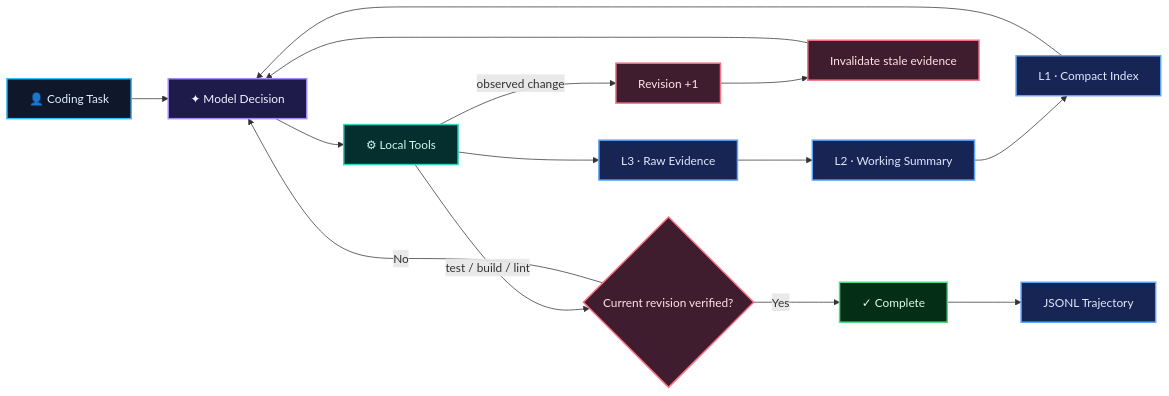
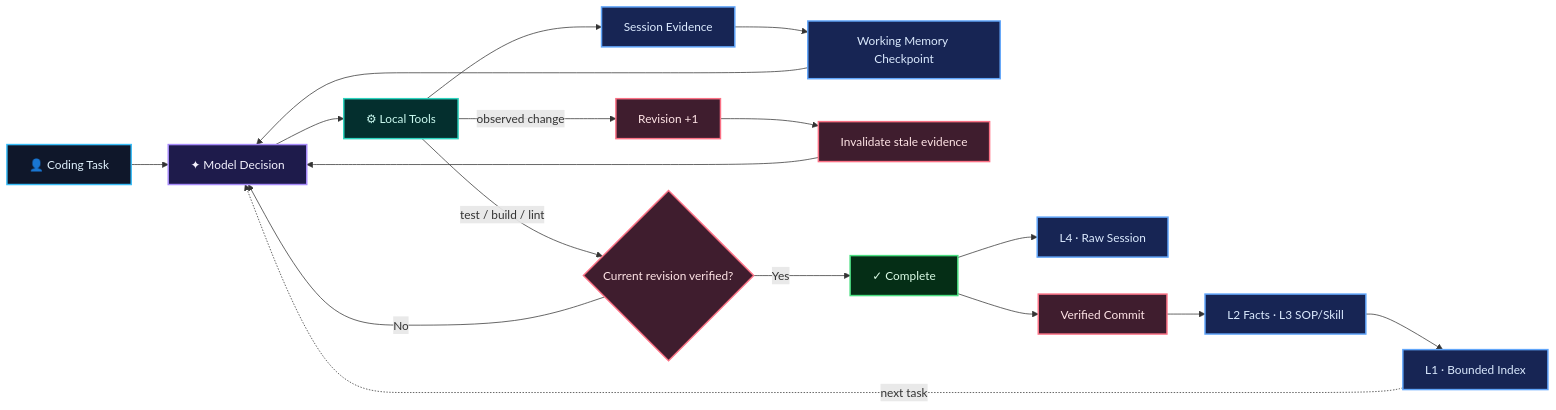
Before and after one commit to yedda1117/ProofCode: the diagram in README.md, drawn with Mermaid. The commit also changed other lines of this file and 25 other files, not shown here.

````diff
--- a/README.md
+++ b/README.md
@@ -58,23 +58,26 @@
 ```mermaid
 flowchart LR
     classDef user fill:#0f172a,stroke:#38bdf8,color:#e0f2fe,stroke-width:2px;
     classDef model fill:#1e1b4b,stroke:#a78bfa,color:#f5f3ff,stroke-width:2px;
     classDef tool fill:#042f2e,stroke:#2dd4bf,color:#ccfbf1,stroke-width:2px;
     classDef context fill:#172554,stroke:#60a5fa,color:#dbeafe,stroke-width:2px;
     classDef gate fill:#3f1d2e,stroke:#fb7185,color:#ffe4e6,stroke-width:2px;
     classDef done fill:#052e16,stroke:#4ade80,color:#dcfce7,stroke-width:2px;
 
     U["👤 Coding Task"]:::user --> M["✦ Model Decision"]:::model
     M --> T["⚙ Local Tools"]:::tool
-    T --> E["L3 · Raw Evidence"]:::context
-    E --> W["L2 · Working Summary"]:::context
-    W --> I["L1 · Compact Index"]:::context
-    I --> M
+    T --> E["Session Evidence"]:::context
+    E --> W["Working Memory Checkpoint"]:::context
+    W --> M
     T -->|observed change| R["Revision +1"]:::gate
     R --> X["Invalidate stale evidence"]:::gate
     X --> M
     T -->|test / build / lint| V{"Current revision verified?"}:::gate
     V -->|No| M
     V -->|Yes| D["✓ Complete"]:::done
-    D --> J["JSONL Trajectory"]:::context
+    D --> J["L4 · Raw Session"]:::context
+    D --> C["Verified Commit"]:::gate
+    C --> K["L2 Facts · L3 SOP/Skill"]:::context
+    K --> I["L1 · Bounded Index"]:::context
+    I -. next task .-> M
 ```
````
